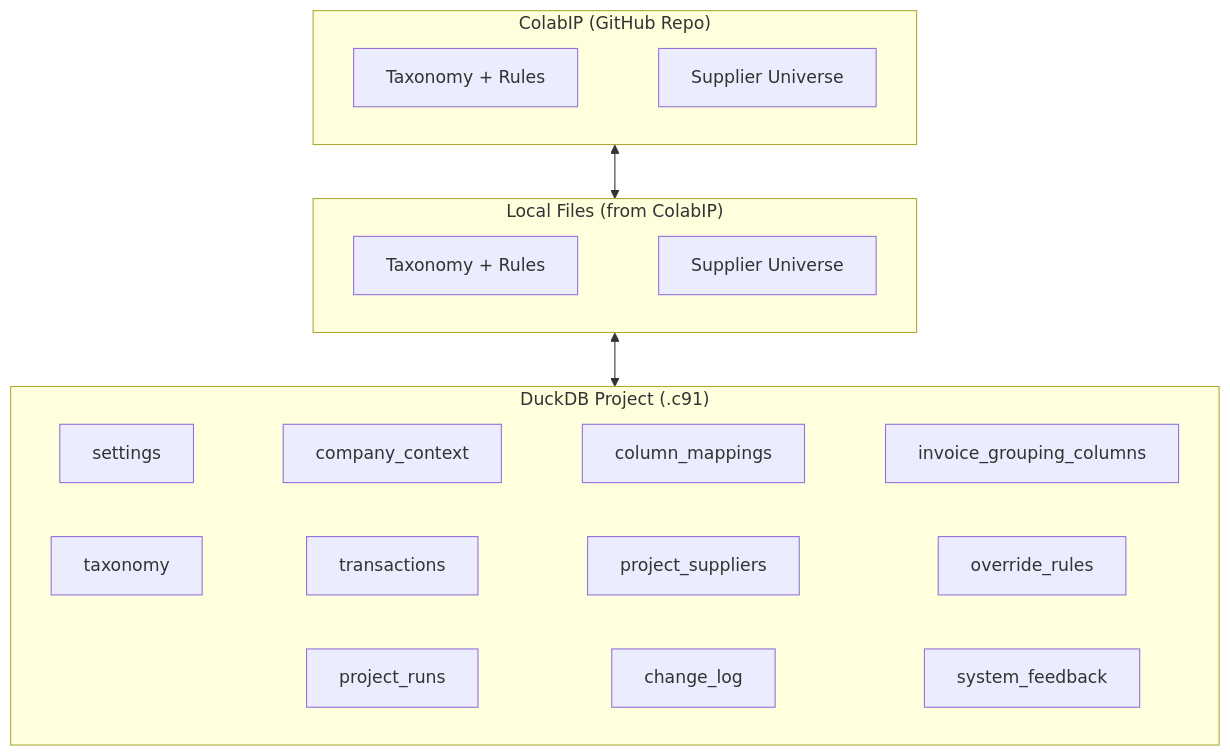
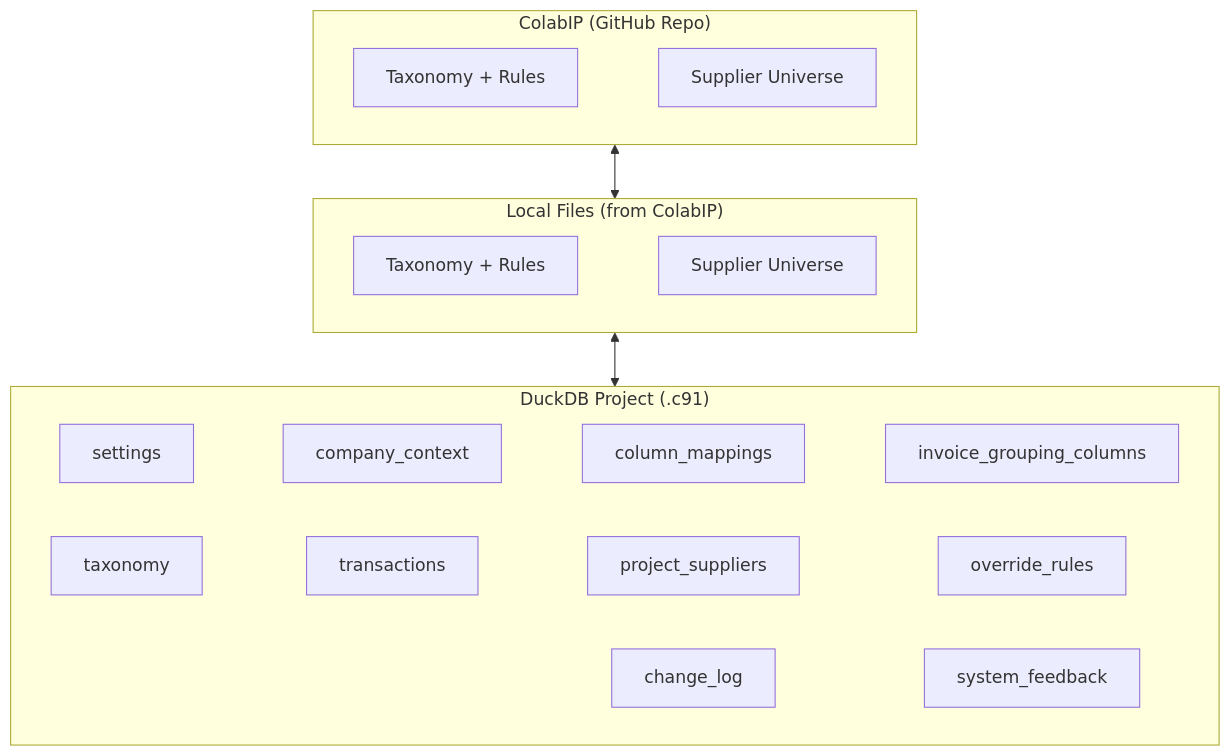
One commit to prince1823/colab-ap-classifier changed the second of 2 diagrams in internal_docs/backend_spec.md. Above: the diagram before and after it, drawn with Mermaid. The commit also changed other lines of this file and 3 other files, not shown here.

First line of the commit message:
docs: remove phantom project_runs table references from specs

````diff
--- a/internal_docs/backend_spec.md
+++ b/internal_docs/backend_spec.md
@@ -33,18 +33,18 @@
 ```mermaid
 flowchart TB
     subgraph ColabIP["ColabIP (GitHub Repo)"]
         c1["Taxonomy + Rules"] ~~~ c3["Supplier Universe"]
     end
 
     subgraph Local["Local Files (from ColabIP)"]
         lf1["Taxonomy + Rules"] ~~~ lf3["Supplier Universe"]
     end
 
     subgraph Project["DuckDB Project (.c91)"]
         db1["settings"] ~~~ db2["company_context"] ~~~ db3["column_mappings"] ~~~ db4["invoice_grouping_columns"]
         db5["taxonomy"] ~~~ db6["transactions"] ~~~ db7["project_suppliers"] ~~~ db8["override_rules"]
-        db9["project_runs"] ~~~ db10["change_log"] ~~~ db11["system_feedback"]
+        db9["change_log"] ~~~ db10["system_feedback"]
     end
 
     ColabIP <--> Local <--> Project
 ```
````
